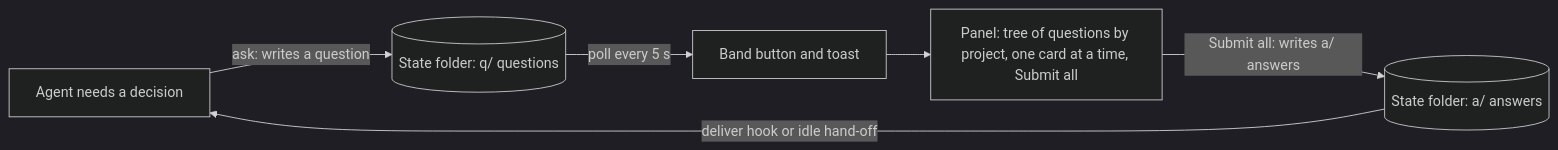
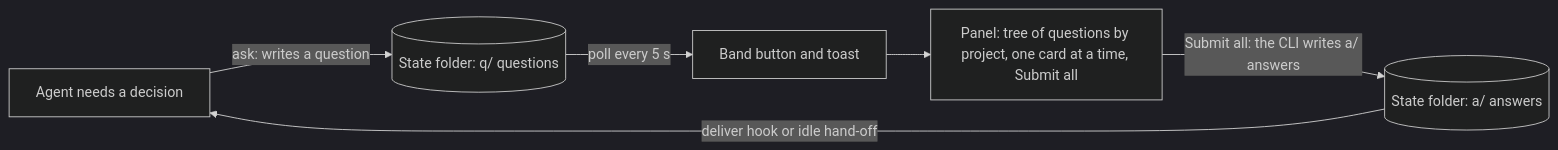
One commit to KeepGlide/askaway changed the first of 2 diagrams in README.md. Above: the diagram before and after it, drawn with Mermaid (dark theme). The commit also changed other lines of this file and 4 other files, not shown here.

First line of the commit message:
docs(askaway): document the card order, hotkeys, CLI and panel writer

````diff
--- a/README.md
+++ b/README.md
@@ -64,8 +62,8 @@
 ```mermaid
 flowchart LR
     agent["Agent needs a decision"] -->|"ask: writes a question"| folder[("State folder: q/ questions")]
     folder -->|"poll every 5 s"| band["Band button and toast"]
     band --> panel["Panel: tree of questions by project, one card at a time, Submit all"]
-    panel -->|"Submit all: writes a/ answers"| answers[("State folder: a/ answers")]
+    panel -->|"Submit all: the CLI writes a/ answers"| answers[("State folder: a/ answers")]
     answers -->|"deliver hook or idle hand-off"| agent
 ```
````
